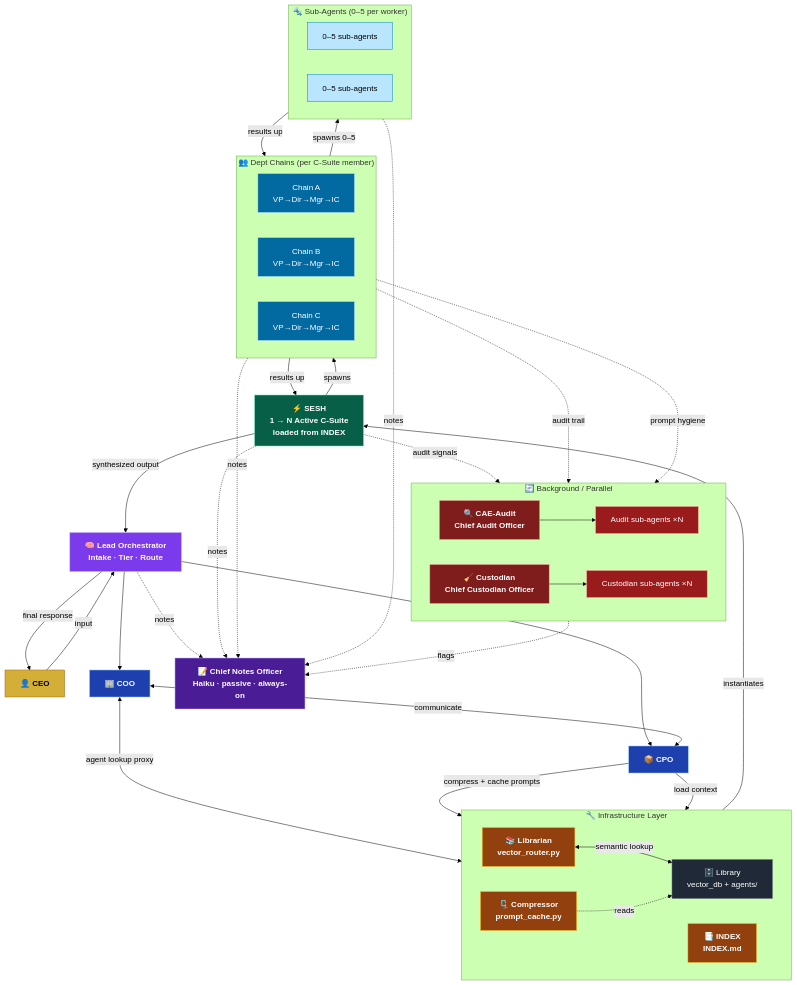
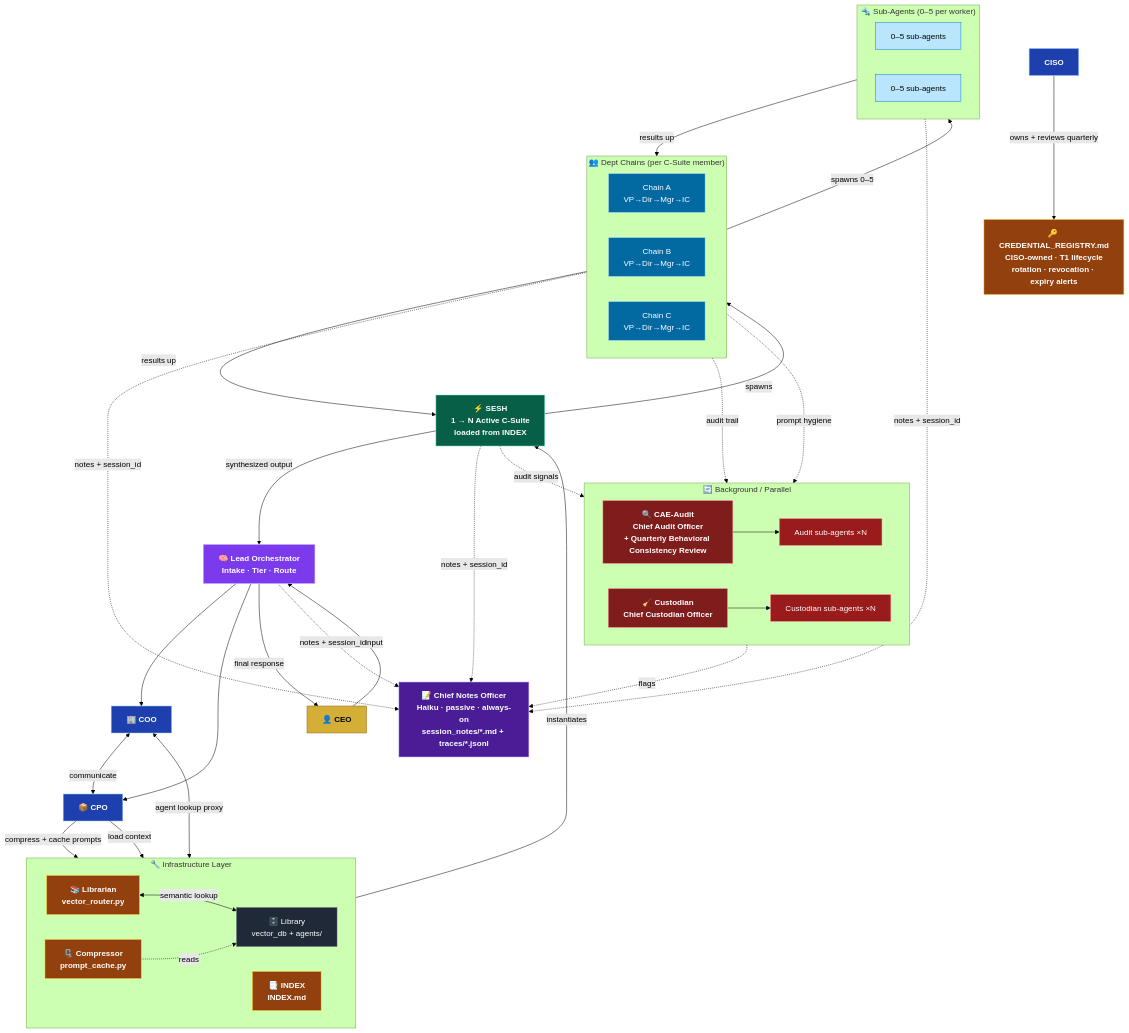
Before and after one commit to Toto1314/PandaNews: the eighth of 10 diagrams in .claude/SYSTEM_MAP.md, drawn with Mermaid (forest theme). The commit also changed other lines of this file and 29 other files, not shown here.

````diff
--- a/.claude/SYSTEM_MAP.md
+++ b/.claude/SYSTEM_MAP.md
@@ -707,7 +733,7 @@
     %% ── BACKGROUND PARALLEL ─────────────────────────────────
     subgraph BG["🔄 Background / Parallel"]
         direction LR
-        CAO["🔍 CAE-Audit\nChief Audit Officer"]:::bg
+        CAO["🔍 CAE-Audit\nChief Audit Officer\n+ Quarterly Behavioral Consistency Review"]:::bg
         CCU["🧹 Custodian\nChief Custodian Officer"]:::bg
         IA["Audit sub-agents ×N"]:::bgworker
         CUA["Custodian sub-agents ×N"]:::bgworker
@@ -719,10 +745,15 @@
     WORK -.->|prompt hygiene| CCU
 
     %% ── CHIEF NOTES OFFICER ─────────────────────────────────
-    CNO["📝 Chief Notes Officer\nHaiku · passive · always-on"]:::notes
-    LO -.->|notes| CNO
-    SESH -.->|notes| CNO
-    WORK -.->|notes| CNO
-    SUBS -.->|notes| CNO
+    CNO["📝 Chief Notes Officer\nHaiku · passive · always-on\nsession_notes/*.md + traces/*.jsonl"]:::notes
+    LO -.->|notes + session_id| CNO
+    SESH -.->|notes + session_id| CNO
+    WORK -.->|notes + session_id| CNO
+    SUBS -.->|notes + session_id| CNO
     BG -.->|flags| CNO
+
+    %% ── CREDENTIAL REGISTRY (CISO-owned) ────────────────────
+    CREG["🔑 CREDENTIAL_REGISTRY.md\nCISO-owned · T1 lifecycle\nrotation · revocation · expiry alerts"]:::infra
+    CISO_NODE["CISO"]:::csuite
+    CISO_NODE -->|owns + reviews quarterly| CREG
 ```
````
